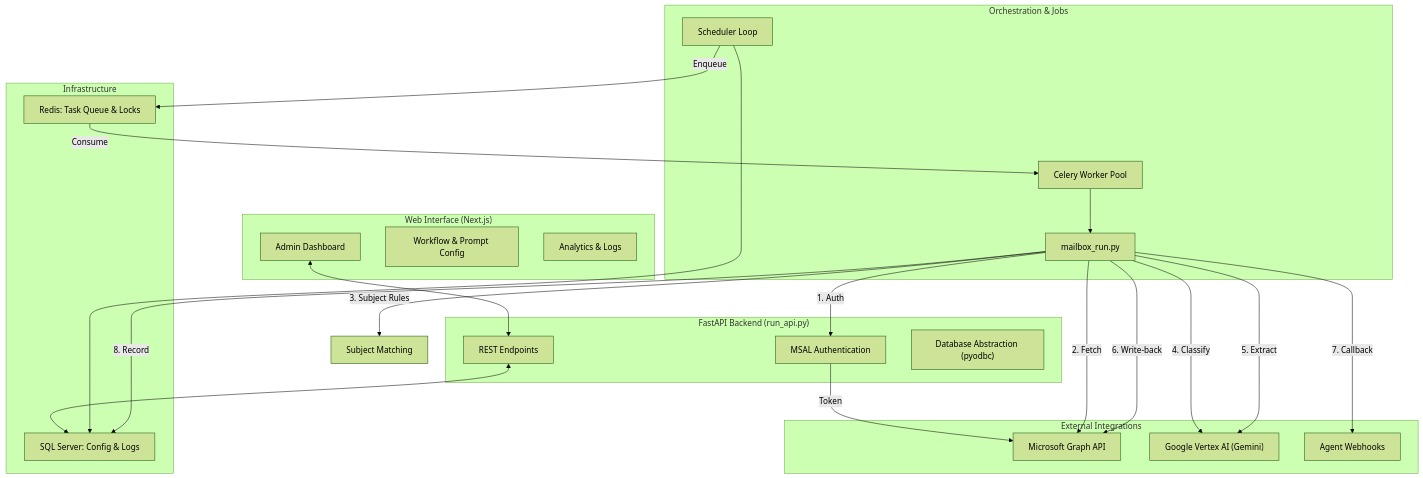
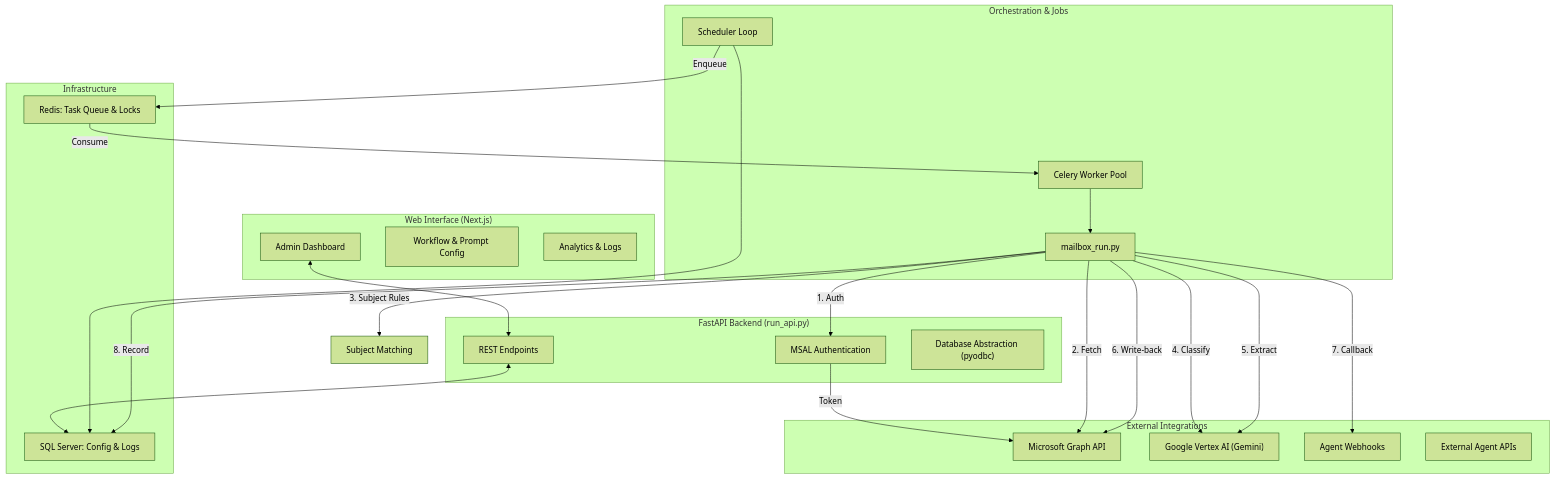
Before and after one commit to buenr/emailAgent: the diagram in ARCHITECTURE.md, drawn with Mermaid (forest theme). The commit also changed 13 other files, not shown here.

````diff
--- a/ARCHITECTURE.md
+++ b/ARCHITECTURE.md
@@ -1,50 +1,51 @@
 ```mermaid
 graph TD
     subgraph Frontend ["Web Interface (Next.js)"]
         UI[Admin Dashboard]
         Config[Workflow & Prompt Config]
         Stats[Analytics & Logs]
     end
 
     subgraph Backend ["FastAPI Backend (run_api.py)"]
         API[REST Endpoints]
         Auth[MSAL Authentication]
         DBA["Database Abstraction (pyodbc)"]
     end
 
     subgraph Persistence ["Infrastructure"]
         SQL["SQL Server: Config & Logs"]
         Redis["Redis: Task Queue & Locks"]
     end
 
     subgraph Execution ["Orchestration & Jobs"]
         Sched[Scheduler Loop]
         Worker[Celery Worker Pool]
         Pipeline[mailbox_run.py]
     end
 
     subgraph External ["External Integrations"]
         Graph[Microsoft Graph API]
         Gemini["Google Vertex AI (Gemini)"]
         Webhooks[Agent Webhooks]
+        AgentAPIs[External Agent APIs]
     end
 
     %% Connections
     UI <--> API
     API <--> SQL
     Sched --> SQL
     Sched -- "Enqueue" --> Redis
     Redis -- "Consume" --> Worker
     Worker --> Pipeline
 
     %% Pipeline Flow
     Pipeline -- "1. Auth" --> Auth
     Auth -- "Token" --> Graph
     Pipeline -- "2. Fetch" --> Graph
     Pipeline -- "3. Subject Rules" --> Subj[Subject Matching]
     Pipeline -- "4. Classify" --> Gemini
     Pipeline -- "5. Extract" --> Gemini
     Pipeline -- "6. Write-back" --> Graph
     Pipeline -- "7. Callback" --> Webhooks
     Pipeline -- "8. Record" --> SQL
 ```
````
